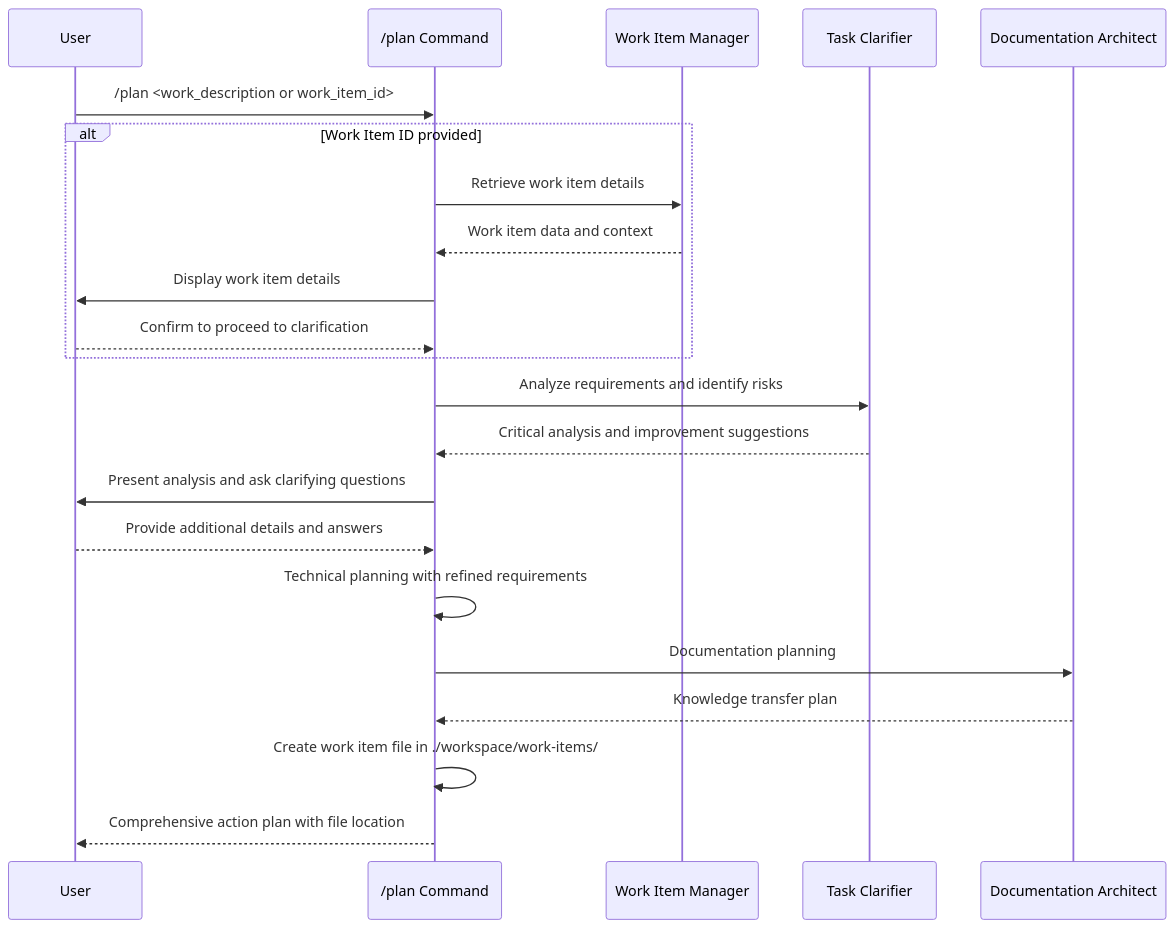
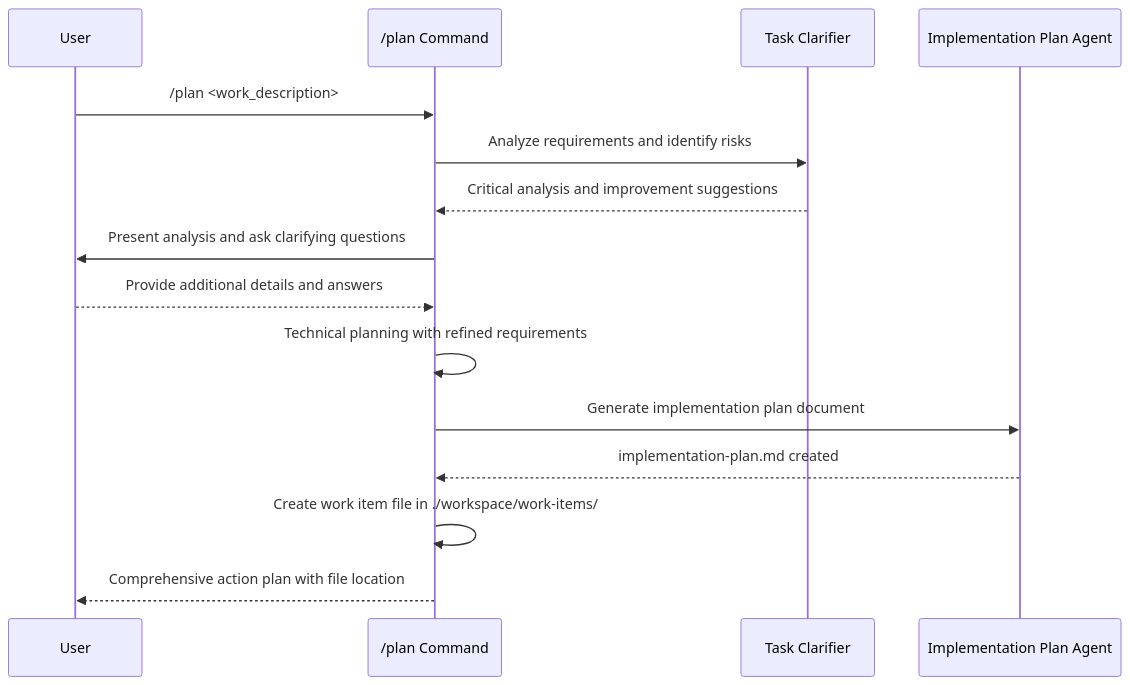
The diagram in .claude/commands/management/plan.md (zzaia/zzaia-agentic-workspace), drawn with Mermaid before and after one commit. The commit also changed other lines of this file and 11 other files, not shown here.

Commit message:
Refactor the planning and architecture documentation generation behavior;

````diff
--- a/.claude/commands/management/plan.md
+++ b/.claude/commands/management/plan.md
@@ -80,30 +70,22 @@
 ```mermaid
 sequenceDiagram
     participant U as User
     participant C as /plan Command
-    participant WM as Work Item Manager
     participant TC as Task Clarifier
-    participant DA as Documentation Architect
+    participant IP as Implementation Plan Agent
 
-    U->>C: /plan <work_description or work_item_id>
-
-    alt Work Item ID provided
-        C->>WM: Retrieve work item details
-        WM-->>C: Work item data and context
-        C->>U: Display work item details
-        U-->>C: Confirm to proceed to clarification
-    end
+    U->>C: /plan <work_description>
 
     C->>TC: Analyze requirements and identify risks
     TC-->>C: Critical analysis and improvement suggestions
 
     C->>U: Present analysis and ask clarifying questions
     U-->>C: Provide additional details and answers
 
     C->>C: Technical planning with refined requirements
-    C->>DA: Documentation planning
-    DA-->>C: Knowledge transfer plan
+    C->>IP: Generate implementation plan document
+    IP-->>C: implementation-plan.md created
 
     C->>C: Create work item file in ./workspace/work-items/
     C-->>U: Comprehensive action plan with file location
 ```
````
